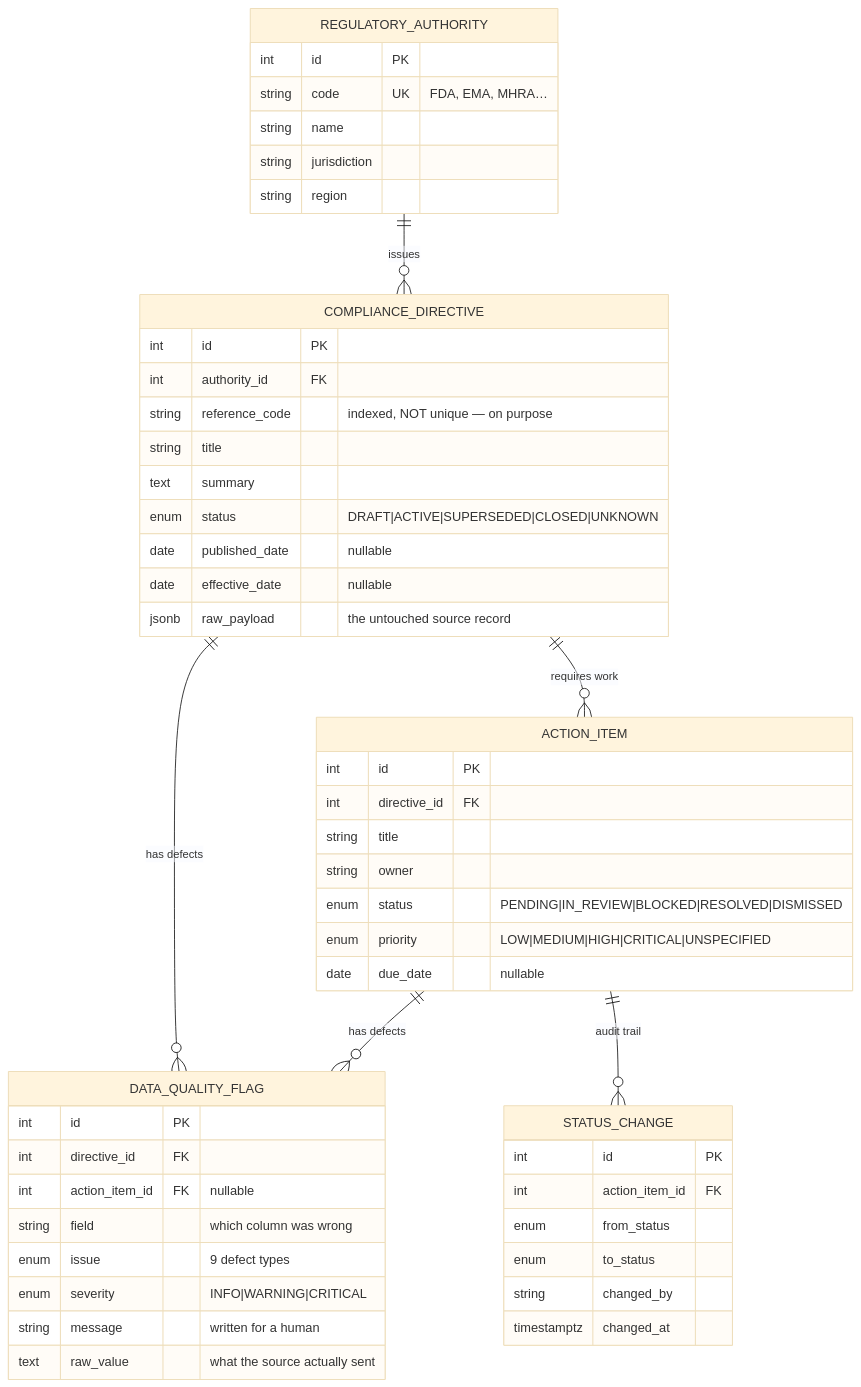
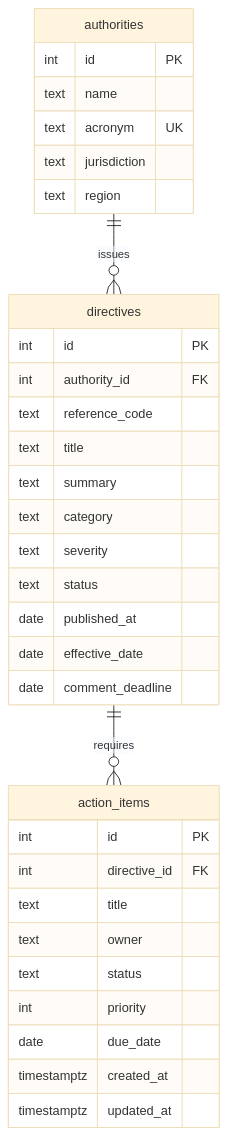
Before and after one commit to SriramKirthivas/regulatory-triage-pipeline-sriram: the diagram in README.md, drawn with Mermaid (base theme). The commit also changed other lines of this file and 94 other files, not shown here.

````diff
--- a/README.md
+++ b/README.md
@@ -135,54 +48,36 @@
 ```mermaid
 erDiagram
-    REGULATORY_AUTHORITY ||--o{ COMPLIANCE_DIRECTIVE : issues
-    COMPLIANCE_DIRECTIVE ||--o{ ACTION_ITEM : "requires work"
-    COMPLIANCE_DIRECTIVE ||--o{ DATA_QUALITY_FLAG : "has defects"
-    ACTION_ITEM ||--o{ DATA_QUALITY_FLAG : "has defects"
-    ACTION_ITEM ||--o{ STATUS_CHANGE : "audit trail"
-
-    REGULATORY_AUTHORITY {
+    authorities ||--o{ directives : issues
+    directives ||--o{ action_items : requires
+    authorities {
         int id PK
-        string code UK "FDA, EMA, MHRA…"
-        string name
-        string jurisdiction
-        string region
+        text name
+        text acronym UK
+        text jurisdiction
+        text region
     }
-    COMPLIANCE_DIRECTIVE {
+    directives {
         int id PK
         int authority_id FK
-        string reference_code "indexed, NOT unique — on purpose"
-        string title
+        text reference_code
+        text title
         text summary
-        enum status "DRAFT|ACTIVE|SUPERSEDED|CLOSED|UNKNOWN"
-        date published_date "nullable"
-        date effective_date "nullable"
-        jsonb raw_payload "the untouched source record"
+        text category
+        text severity
+        text status
+        date published_at
+        date effective_date
+        date comment_deadline
     }
-    ACTION_ITEM {
+    action_items {
         int id PK
         int directive_id FK
-        string title
-        string owner
-        enum status "PENDING|IN_REVIEW|BLOCKED|RESOLVED|DISMISSED"
-        enum priority "LOW|MEDIUM|HIGH|CRITICAL|UNSPECIFIED"
-        date due_date "nullable"
-    }
-    DATA_QUALITY_FLAG {
-        int id PK
-        int directive_id FK
-        int action_item_id FK "nullable"
-        string field "which column was wrong"
-        enum issue "9 defect types"
-        enum severity "INFO|WARNING|CRITICAL"
-        string message "written for a human"
-        text raw_value "what the source actually sent"
-    }
-    STATUS_CHANGE {
-        int id PK
-        int action_item_id FK
-        enum from_status
-        enum to_status
-        string changed_by
-        timestamptz changed_at
+        text title
+        text owner
+        text status
+        int priority
+        date due_date
+        timestamptz created_at
+        timestamptz updated_at
     }
 ```
````
